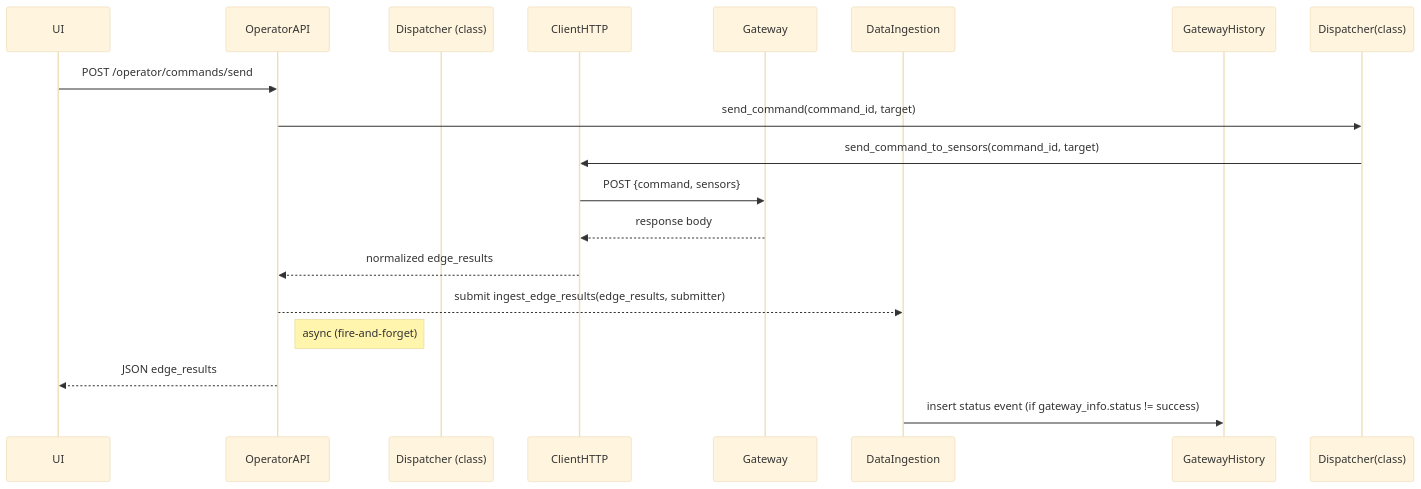
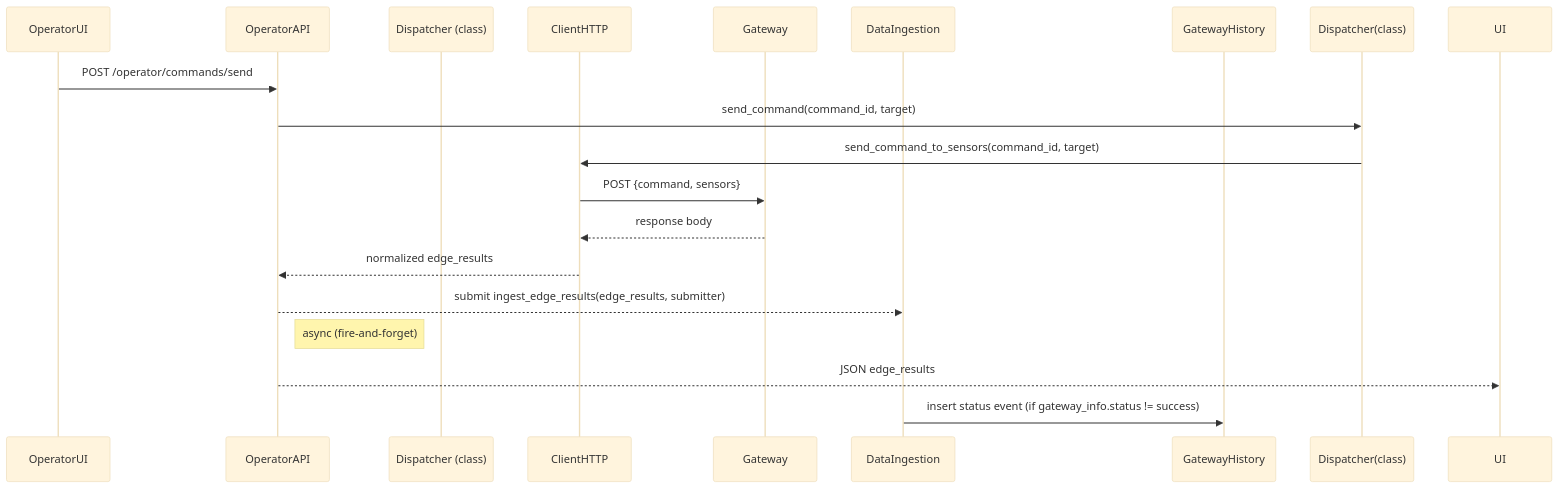
Before and after one commit to G-P-x/IoT_project: the diagram in docs/Data flow for operator_api to client_http.md, drawn with Mermaid (base theme). The commit also changed 5 other files, not shown here.

````diff
--- a/docs/Data flow for operator_api to client_http.md
+++ b/docs/Data flow for operator_api to client_http.md
@@ -14,21 +14,21 @@
 ```mermaid
 sequenceDiagram
-  participant UI
+  participant OperatorUI
   participant OperatorAPI
   participant Dispatcher (class)
   participant ClientHTTP
   participant Gateway
   participant DataIngestion
   participant GatewayHistory
 
-  UI->>OperatorAPI: POST /operator/commands/send
+  OperatorUI->>OperatorAPI: POST /operator/commands/send
   OperatorAPI->>Dispatcher(class): send_command(command_id, target)
   Dispatcher(class)->>ClientHTTP: send_command_to_sensors(command_id, target)
   ClientHTTP->>Gateway: POST {command, sensors}
   Gateway-->>ClientHTTP: response body
   ClientHTTP-->>OperatorAPI: normalized edge_results
   OperatorAPI-->>DataIngestion: submit ingest_edge_results(edge_results, submitter)
   Note right of OperatorAPI: async (fire-and-forget)
   OperatorAPI-->>UI: JSON edge_results
   DataIngestion->>GatewayHistory: insert status event (if gateway_info.status != success)
 ```
````
